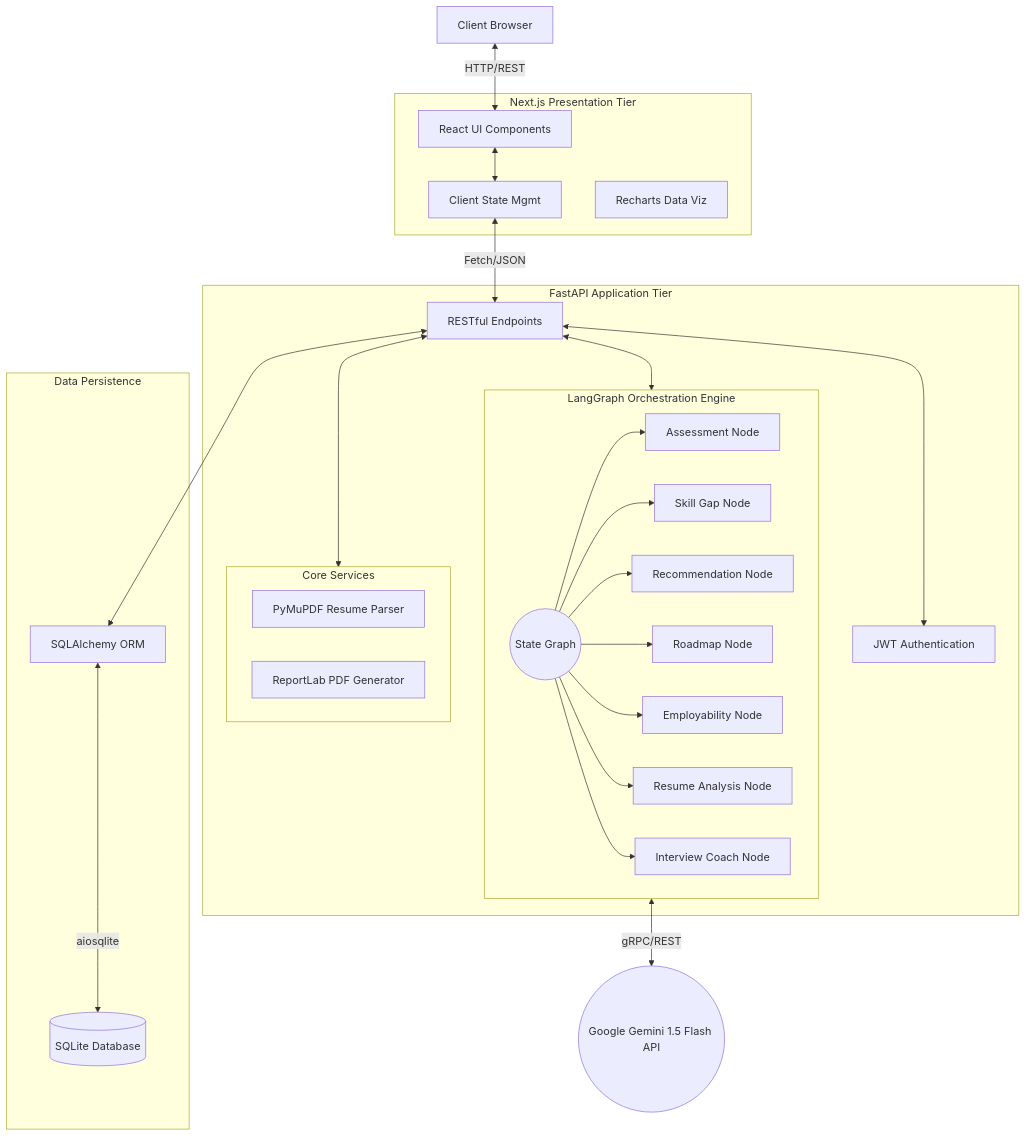
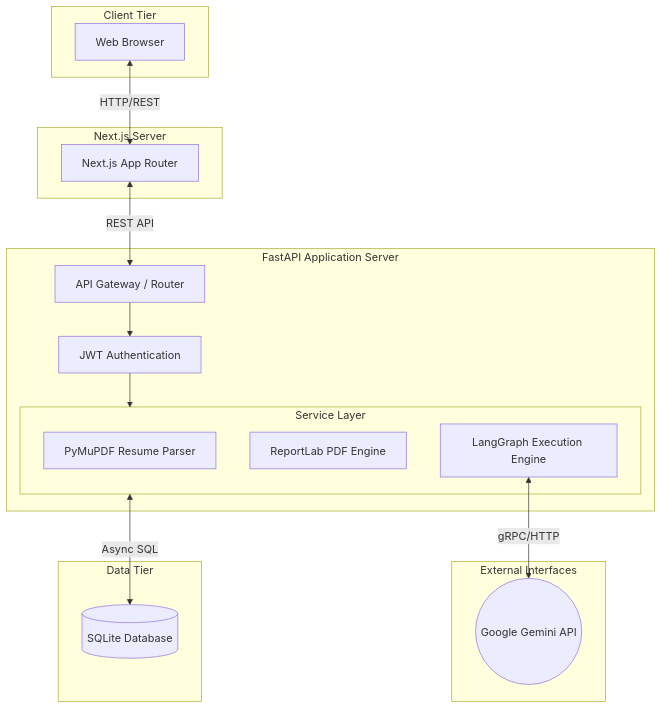
Before and after one commit to Amansingh223/Career-Counselor-AI-: the first of 4 diagrams in README.md, drawn with Mermaid. The commit also changed other lines of this file, not shown here.

Commit message:
Update README.md to enterprise engineering standard with HLD, LLD, and Sequence Diagrams

````diff
--- a/README.md
+++ b/README.md
@@ -9,59 +46,37 @@
 ```mermaid
-graph TD
-    %% Client Tier
-    Client[Client Browser]
-    
-    %% Presentation Tier
-    subgraph Frontend [Next.js Presentation Tier]
-        UI[React UI Components]
-        State[Client State Mgmt]
-        Charts[Recharts Data Viz]
+graph TB
+    subgraph Client [Client Tier]
+        Browser[Web Browser]
     end
-    
-    %% Application Tier
-    subgraph Backend [FastAPI Application Tier]
-        API[RESTful Endpoints]
-        Auth[JWT Authentication]
+
+    subgraph CDN [Next.js Server]
+        NextApp[Next.js App Router]
+    end
+
+    subgraph Backend [FastAPI Application Server]
+        Gateway[API Gateway / Router]
+        AuthMiddleware[JWT Authentication]
         
-        subgraph AI_Engine [LangGraph Orchestration Engine]
-            StateGraph((State Graph))
-            Agent1[Assessment Node]
-            Agent2[Skill Gap Node]
-            Agent3[Recommendation Node]
-            Agent4[Roadmap Node]
-            Agent5[Employability Node]
-            Agent6[Resume Analysis Node]
-            Agent7[Interview Coach Node]
-            
-            StateGraph --> Agent1 & Agent2 & Agent3 & Agent4 & Agent5 & Agent6 & Agent7
-        end
-        
-        subgraph Services [Core Services]
-            PDF_Extract[PyMuPDF Resume Parser]
-            PDF_Gen[ReportLab PDF Generator]
+        subgraph Workers [Service Layer]
+            Parser[PyMuPDF Resume Parser]
+            PDFGen[ReportLab PDF Engine]
+            GraphWorker[LangGraph Execution Engine]
         end
     end
+
+    subgraph External [External Interfaces]
+        Gemini((Google Gemini API))
+    end
+
+    subgraph Storage [Data Tier]
+        DB[(SQLite Database)]
+    end
+
+    Browser <-->|HTTP/REST| NextApp
+    NextApp <-->|REST API| Gateway
+    Gateway --> AuthMiddleware
+    AuthMiddleware --> Workers
     
-    %% Data Tier
-    subgraph Data [Data Persistence]
-        SQLite[(SQLite Database)]
-        ORM[SQLAlchemy ORM]
-    end
-    
-    %% External Services
-    LLM((Google Gemini 1.5 Flash API))
-    
-    %% Relationships
-    Client <-->|HTTP/REST| UI
-    UI <--> State
-    State <-->|Fetch/JSON| API
-    
-    API <--> Auth
-    API <--> AI_Engine
-    API <--> Services
-    API <--> ORM
-    
-    ORM <-->|aiosqlite| SQLite
-    
-    AI_Engine <-->|gRPC/REST| LLM
+    GraphWorker <-->|gRPC/HTTP| Gemini
+    Workers <-->|Async SQL| DB
 ```
````
